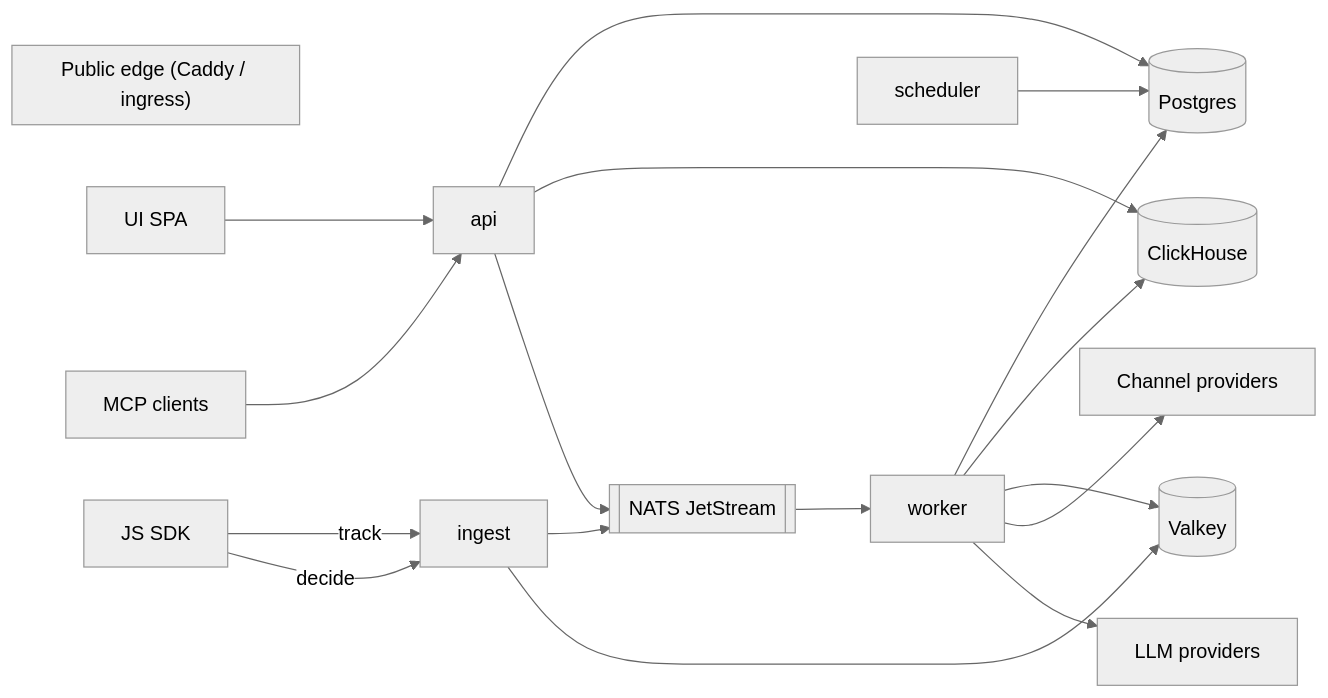
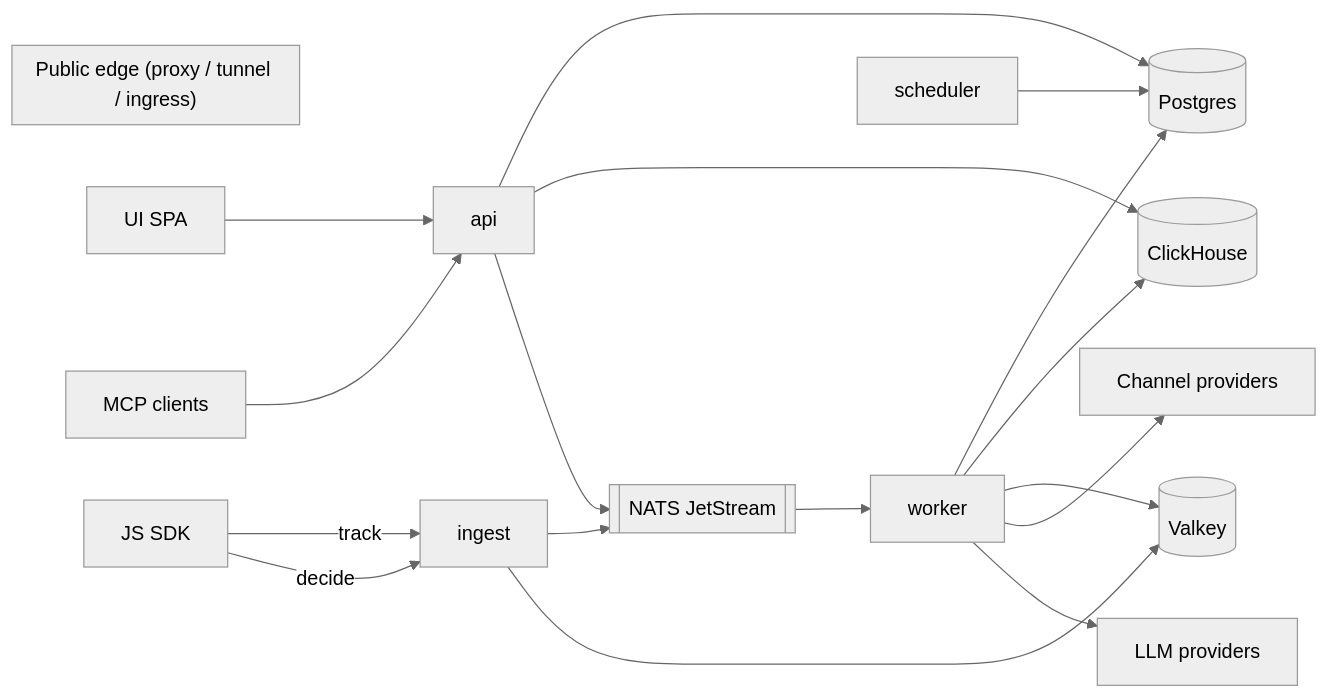
The second of 5 diagrams in docs/architecture/overview.md (TimChr78/Agentic-Marketing), drawn with Mermaid (neutral theme) before and after one commit. The commit also changed 8 other files, not shown here.

````diff
--- a/docs/architecture/overview.md
+++ b/docs/architecture/overview.md
@@ -40,24 +40,24 @@
 ```mermaid
 flowchart LR
-  subgraph edge["Public edge (Caddy / ingress)"]
+  subgraph edge["Public edge (proxy / tunnel / ingress)"]
     direction TB
   end
   sdk[JS SDK] -->|track| ingest
   sdk -->|decide| ingest
   browser[UI SPA] --> api
   mcp[MCP clients] --> api
 
   ingest --> nats[[NATS JetStream]]
   ingest --> valkey[(Valkey)]
   api --> pg[(Postgres)]
   api --> ch[(ClickHouse)]
   api --> nats
 
   nats --> worker
   worker --> pg
   worker --> ch
   worker --> valkey
   scheduler --> pg
   worker --> providers[Channel providers]
   worker --> llm[LLM providers]
 ```
````
